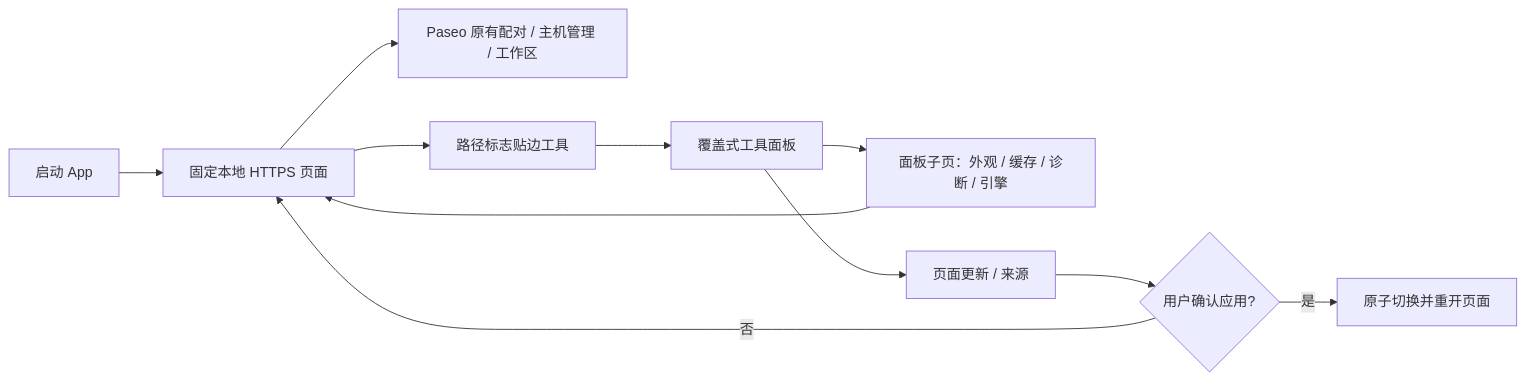
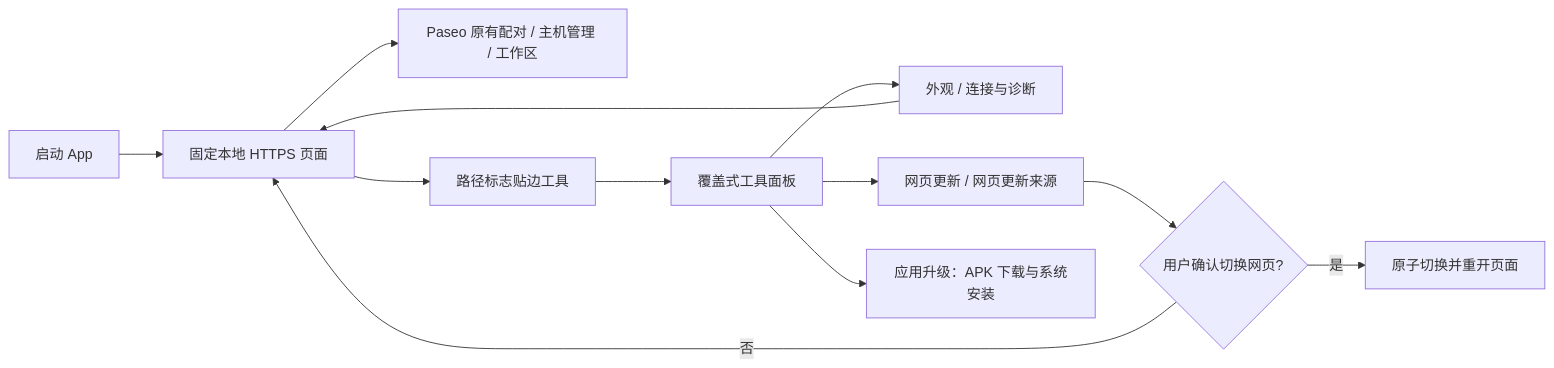
One commit to ZSA233/workspace-workbench changed the first of 2 diagrams in android-app/DESIGN.md. Above: the diagram before and after it, drawn with Mermaid. The commit also changed other lines of this file and 3 other files, not shown here.

````diff
--- a/android-app/DESIGN.md
+++ b/android-app/DESIGN.md
@@ -24,13 +24,14 @@
 ```mermaid
 flowchart LR
   A[启动 App] --> B[固定本地 HTTPS 页面]
   B --> C[Paseo 原有配对 / 主机管理 / 工作区]
   B --> D[路径标志贴边工具]
   D --> E[覆盖式工具面板]
-  E --> F[面板子页：外观 / 缓存 / 诊断 / 引擎]
-  E --> G[页面更新 / 来源]
+  E --> F[外观 / 连接与诊断]
+  E --> G[网页更新 / 网页更新来源]
+  E --> J[应用升级：APK 下载与系统安装]
   F --> B
-  G --> H{用户确认应用?}
+  G --> H{用户确认切换网页?}
   H -->|否| B
   H -->|是| I[原子切换并重开页面]
 ```
````
